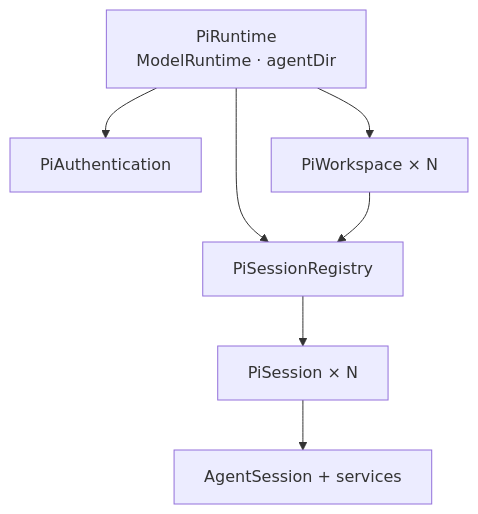
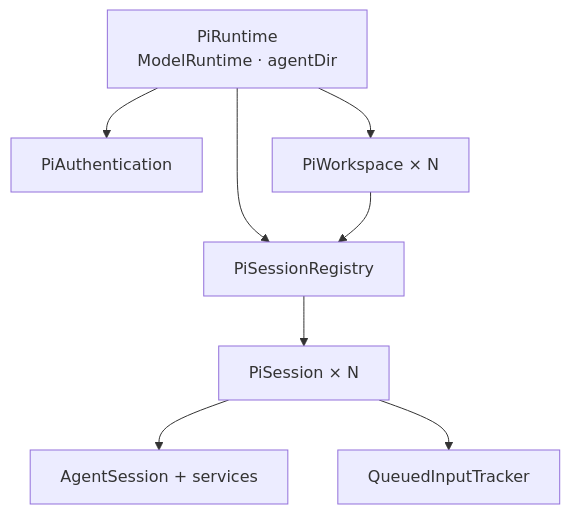
One commit to wind-chasers/oh-your-pi changed the diagram in src/bun/pi/ai.prompt.md. Above: the diagram before and after it, drawn with Mermaid. The commit also changed other lines of this file and 103 other files, not shown here.

````diff
--- a/src/bun/pi/ai.prompt.md
+++ b/src/bun/pi/ai.prompt.md
@@ -7,9 +7,10 @@
 ```mermaid
 flowchart TD
   Runtime["PiRuntime\nModelRuntime · agentDir"] --> Auth["PiAuthentication"]
   Runtime --> Workspaces["PiWorkspace × N"]
   Runtime --> Registry["PiSessionRegistry"]
   Workspaces --> Registry
   Registry --> Sessions["PiSession × N"]
   Sessions --> Agent["AgentSession + services"]
+	Sessions --> QueueTracker["QueuedInputTracker"]
 ```
````
